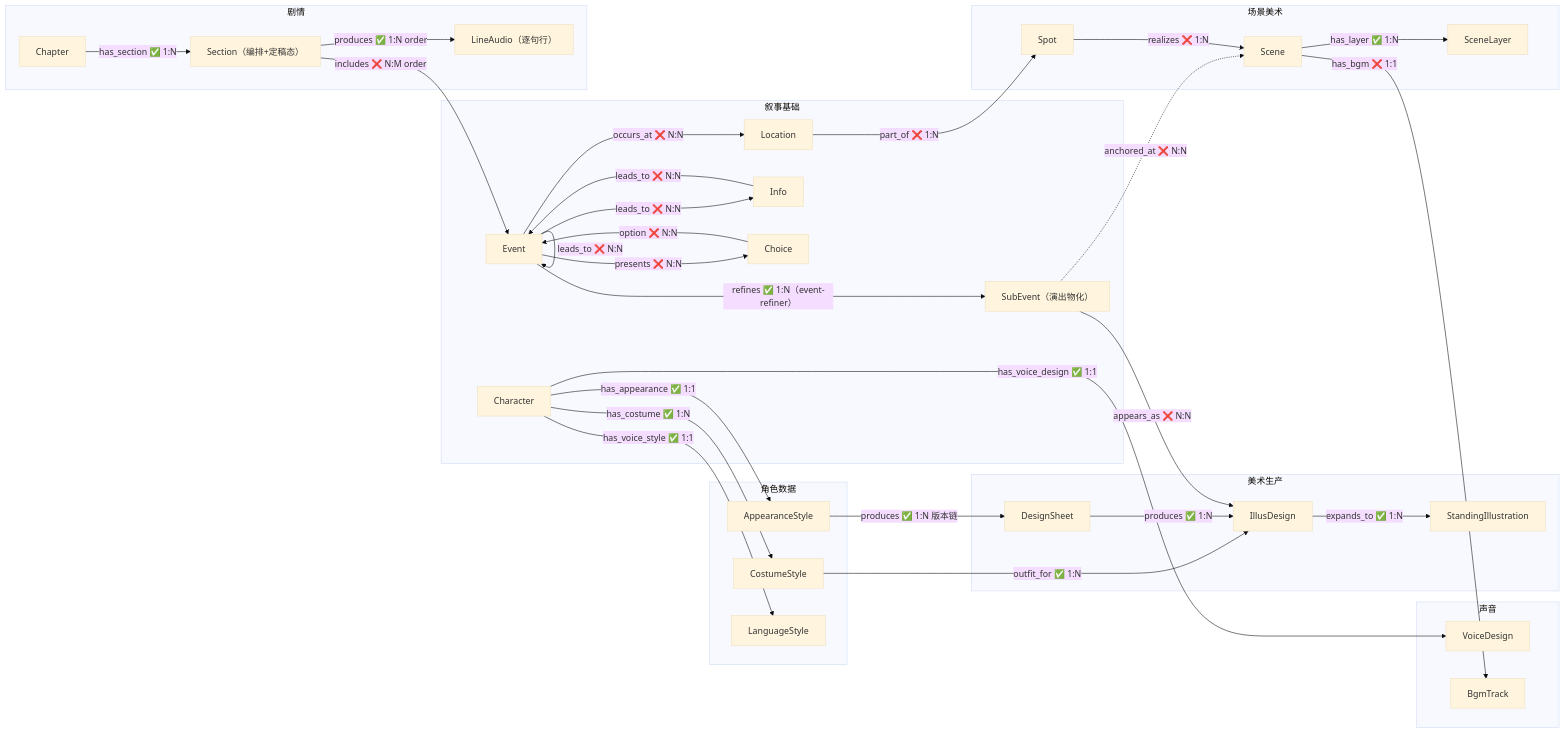
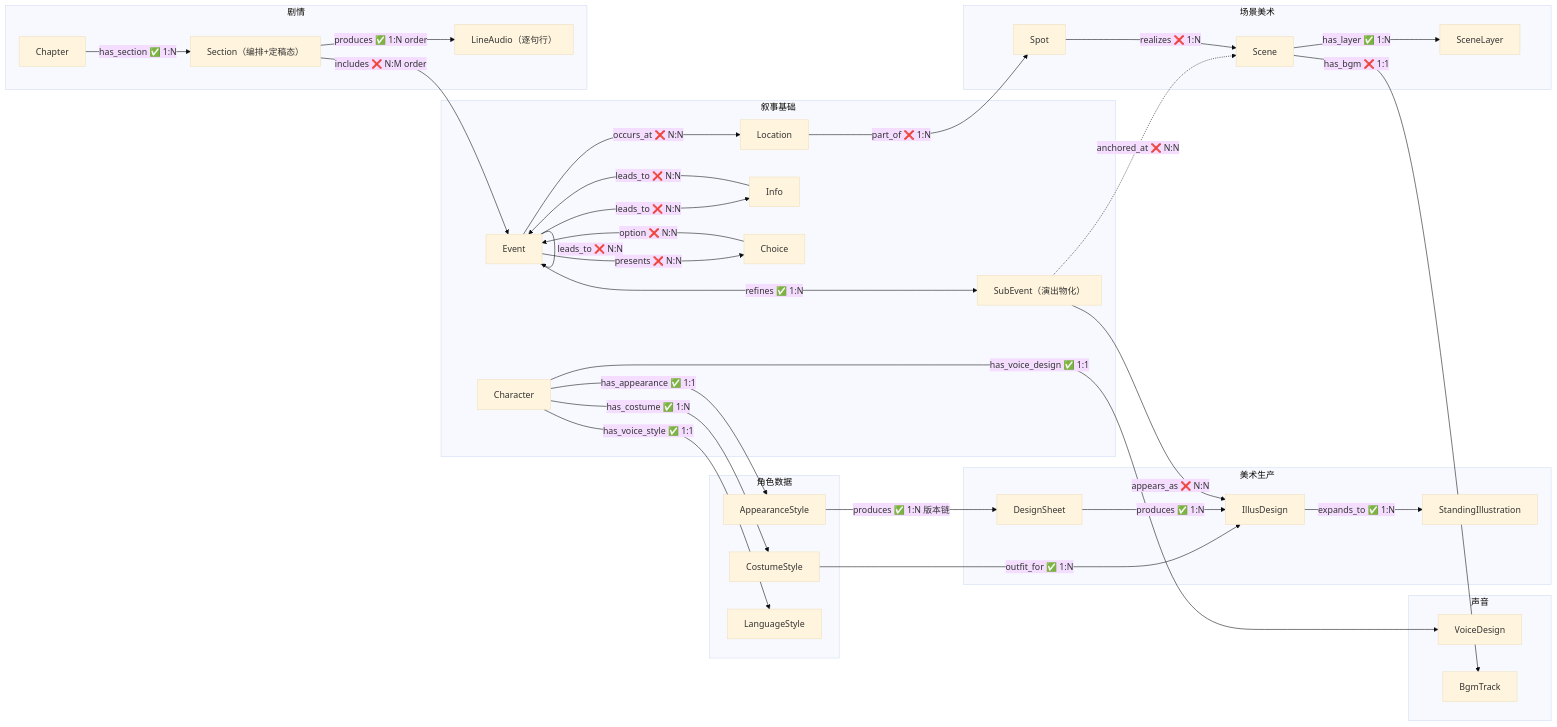
One commit to CrazyJinn/ProxyLove changed the diagram in 00_init/Schema总览.md. Above: the diagram before and after it, drawn with Mermaid (base theme). The commit also changed other lines of this file and 5 other files, not shown here.

First line of the commit message:
Schema 一致性修正 + 去生产者化（回归纯数据字典）

````diff
--- a/00_init/Schema总览.md
+++ b/00_init/Schema总览.md
@@ -102,65 +102,65 @@
 ```mermaid
 flowchart LR
     subgraph 叙事["叙事基础"]
         Character["Character"]
         Event["Event"]
         SubEvent["SubEvent（演出物化）"]
         Location["Location"]
         Info["Info"]
         Choice["Choice"]
     end
 
     subgraph 角色数据["角色数据"]
         Appearance["AppearanceStyle"]
         Costume["CostumeStyle"]
         Language["LanguageStyle"]
     end
 
     subgraph 美术生产["美术生产"]
         DesignSheet["DesignSheet"]
         IllusDesign["IllusDesign"]
         StandingIllus["StandingIllustration"]
     end
 
     subgraph 场景美术["场景美术"]
         Spot["Spot"]
         Scene["Scene"]
         SceneLayer["SceneLayer"]
     end
 
     subgraph 声音["声音"]
         Voice["VoiceDesign"]
         BgmTrack["BgmTrack"]
     end
 
     subgraph 剧情["剧情"]
         Chapter["Chapter"]
         Section["Section（编排+定稿态）"]
         LineAudio["LineAudio（逐句行）"]
     end
 
     Character -->|"has_appearance ✅ 1:1"| Appearance
     Character -->|"has_costume ✅ 1:N"| Costume
     Character -->|"has_voice_style ✅ 1:1"| Language
     Character -->|"has_voice_design ✅ 1:1"| Voice
     Appearance -->|"produces ✅ 1:N 版本链"| DesignSheet
     Costume -->|"outfit_for ✅ 1:N"| IllusDesign
     DesignSheet -->|"produces ✅ 1:N"| IllusDesign
     Event -->|"occurs_at ❌ N:N"| Location
-    Event -->|"refines ✅ 1:N（event-refiner）"| SubEvent
+    Event -->|"refines ✅ 1:N"| SubEvent
     SubEvent -.->|"anchored_at ❌ N:N"| Scene
     SubEvent -->|"appears_as ❌ N:N"| IllusDesign
     Event -->|"leads_to ❌ N:N"| Event
     Event -->|"leads_to ❌ N:N"| Info
     Info -->|"leads_to ❌ N:N"| Event
     Event -->|"presents ❌ N:N"| Choice
     Choice -->|"option ❌ N:N"| Event
     IllusDesign -->|"expands_to ✅ 1:N"| StandingIllus
     Location -->|"part_of ❌ 1:N"| Spot
     Spot -->|"realizes ❌ 1:N"| Scene
     Scene -->|"has_layer ✅ 1:N"| SceneLayer
     Chapter -->|"has_section ✅ 1:N"| Section
     Section -->|"produces ✅ 1:N order"| LineAudio
     Section -->|"includes ❌ N:M order"| Event
     Scene -->|"has_bgm ❌ 1:1"| BgmTrack
 ```
````
